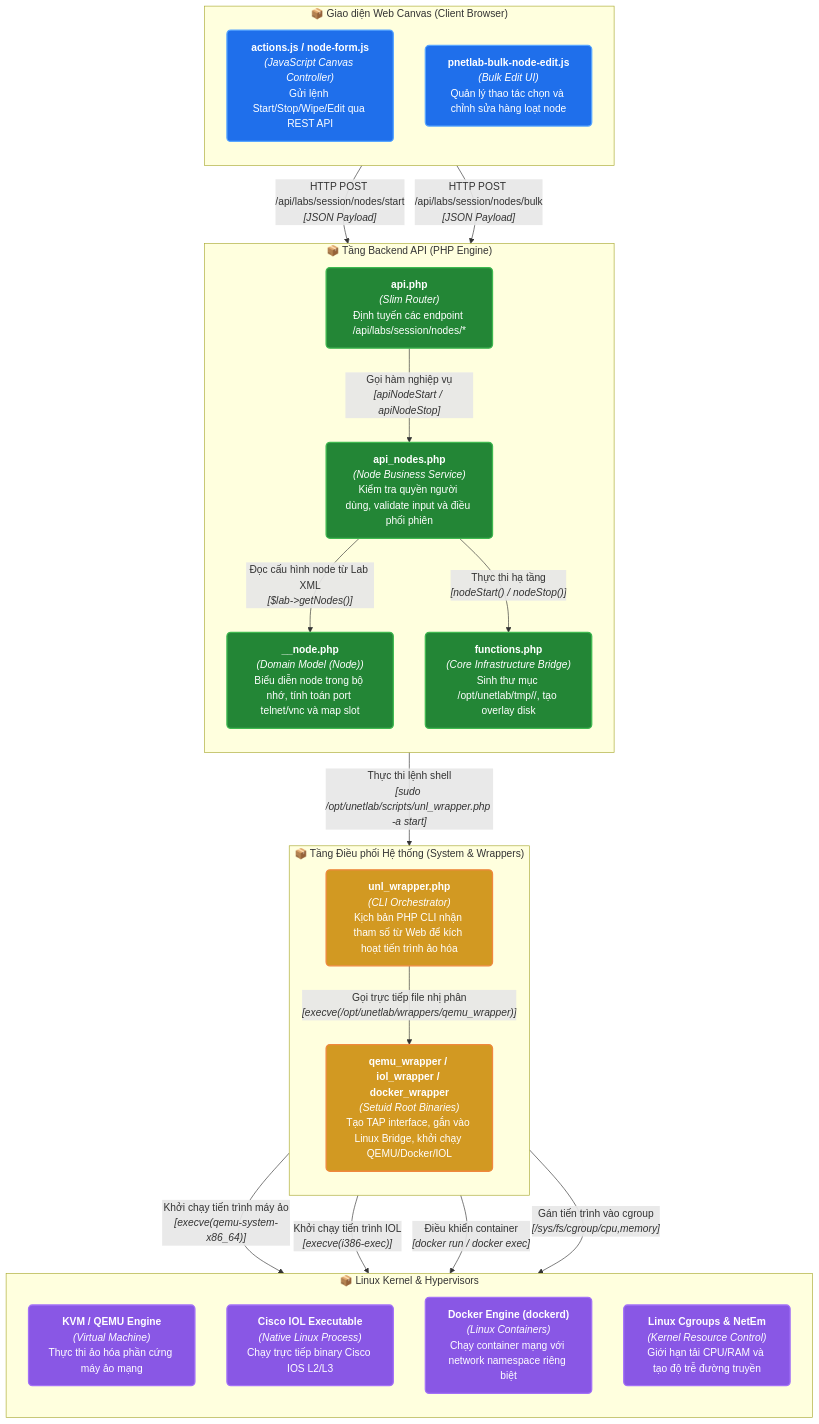
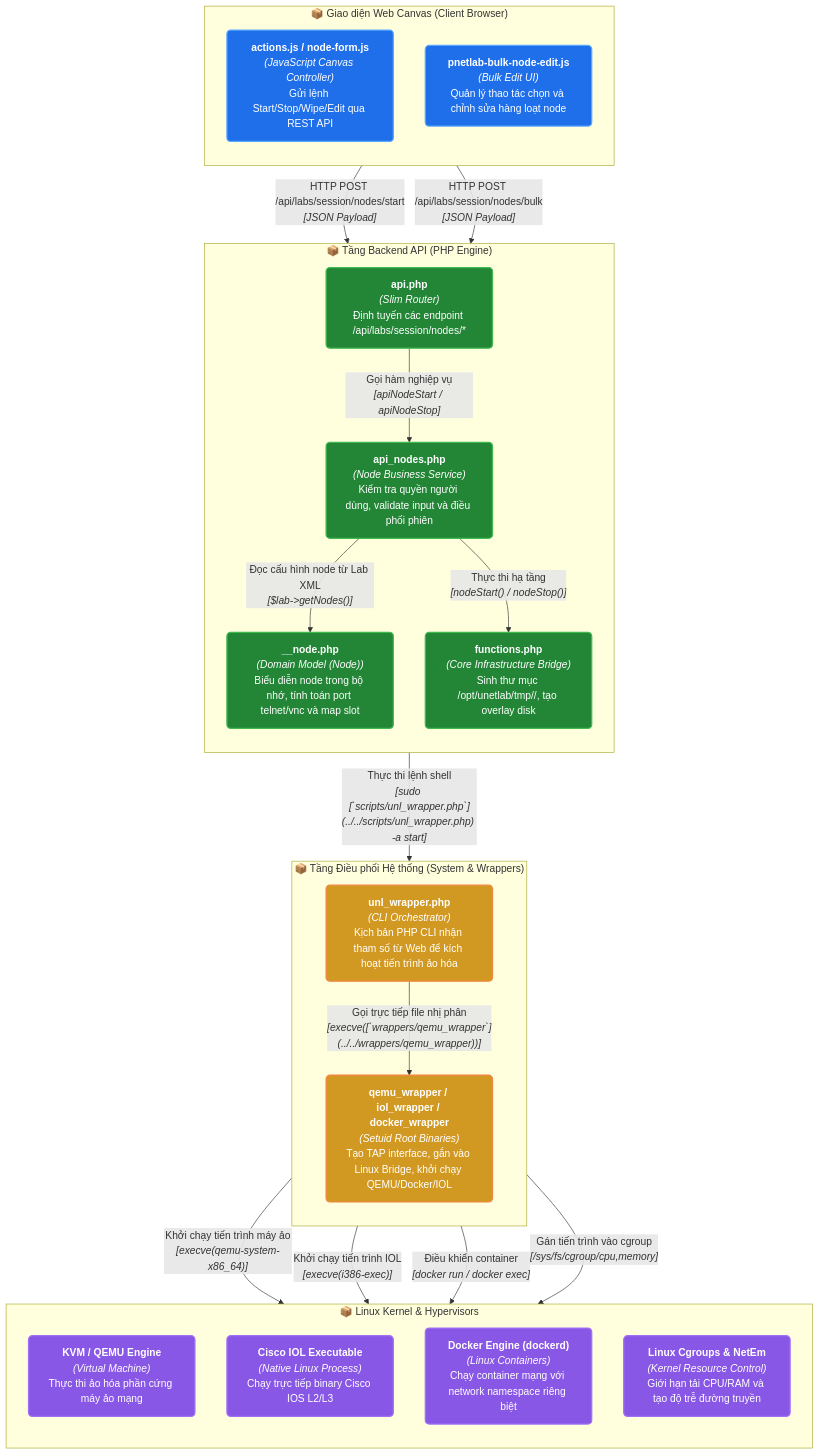
One commit to Luuxinhxinh/pnet-v8 changed the diagram in docs/01-feature-groups/01-node-lifecycle-emulation.md. Above: the diagram before and after it, drawn with Mermaid. The commit also changed other lines of this file and 92 other files, not shown here.

````diff
--- a/docs/01-feature-groups/01-node-lifecycle-emulation.md
+++ b/docs/01-feature-groups/01-node-lifecycle-emulation.md
@@ -60,50 +60,50 @@
 ```mermaid
 flowchart TD
     %% Styling classes
     classDef ui fill:#1f6feb,stroke:#58a6ff,stroke-width:2px,color:#ffffff,rx:6px,ry:6px;
     classDef api fill:#238636,stroke:#3fb950,stroke-width:2px,color:#ffffff,rx:6px,ry:6px;
     classDef wrap fill:#d29922,stroke:#f0883e,stroke-width:2px,color:#ffffff,rx:6px,ry:6px;
     classDef kernel fill:#8957e5,stroke:#a371f7,stroke-width:2px,color:#ffffff,rx:6px,ry:6px;
     classDef storage fill:#21262d,stroke:#8b949e,stroke-width:1.5px,color:#c9d1d9,rx:6px,ry:6px;
 
     subgraph SG_web_ui [" 📦 Giao diện Web Canvas (Client Browser) "]
         direction TB
         actions_js["<b>actions.js / node-form.js</b><br/><i>(JavaScript Canvas Controller)</i><br/>Gửi lệnh Start/Stop/Wipe/Edit qua REST API"]:::ui
         bulk_js["<b>pnetlab-bulk-node-edit.js</b><br/><i>(Bulk Edit UI)</i><br/>Quản lý thao tác chọn và chỉnh sửa hàng loạt node"]:::ui
     end
 
     subgraph SG_php_engine [" 📦 Tầng Backend API (PHP Engine) "]
         direction TB
         api_router["<b>api.php</b><br/><i>(Slim Router)</i><br/>Định tuyến các endpoint /api/labs/session/nodes/*"]:::api
         api_nodes["<b>api_nodes.php</b><br/><i>(Node Business Service)</i><br/>Kiểm tra quyền người dùng, validate input và điều phối phiên"]:::api
         node_model["<b>__node.php</b><br/><i>(Domain Model (Node))</i><br/>Biểu diễn node trong bộ nhớ, tính toán port telnet/vnc và map slot"]:::api
         functions_core["<b>functions.php</b><br/><i>(Core Infrastructure Bridge)</i><br/>Sinh thư mục /opt/unetlab/tmp/<pod>/<id>, tạo overlay disk"]:::api
     end
 
     subgraph SG_system_layer [" 📦 Tầng Điều phối Hệ thống (System & Wrappers) "]
         direction TB
         unl_wrapper_php["<b>unl_wrapper.php</b><br/><i>(CLI Orchestrator)</i><br/>Kịch bản PHP CLI nhận tham số từ Web để kích hoạt tiến trình ảo hóa"]:::wrap
         c_wrappers["<b>qemu_wrapper / iol_wrapper / docker_wrapper</b><br/><i>(Setuid Root Binaries)</i><br/>Tạo TAP interface, gắn vào Linux Bridge, khởi chạy QEMU/Docker/IOL"]:::wrap
     end
 
     subgraph SG_kernel_layer [" 📦 Linux Kernel & Hypervisors "]
         direction TB
         kvm_qemu["<b>KVM / QEMU Engine</b><br/><i>(Virtual Machine)</i><br/>Thực thi ảo hóa phần cứng máy ảo mạng"]:::kernel
         iol_exec["<b>Cisco IOL Executable</b><br/><i>(Native Linux Process)</i><br/>Chạy trực tiếp binary Cisco IOS L2/L3"]:::kernel
         docker_engine["<b>Docker Engine (dockerd)</b><br/><i>(Linux Containers)</i><br/>Chạy container mạng với network namespace riêng biệt"]:::kernel
         cgroups["<b>Linux Cgroups & NetEm</b><br/><i>(Kernel Resource Control)</i><br/>Giới hạn tải CPU/RAM và tạo độ trễ đường truyền"]:::kernel
     end
 
     %% Quan hệ giữa các thành phần
     actions_js -->|"HTTP POST /api/labs/session/nodes/start<br/><i>[JSON Payload]</i>"| api_router
     bulk_js -->|"HTTP POST /api/labs/session/nodes/bulk<br/><i>[JSON Payload]</i>"| api_router
     api_router -->|"Gọi hàm nghiệp vụ<br/><i>[apiNodeStart / apiNodeStop]</i>"| api_nodes
     api_nodes -->|"Đọc cấu hình node từ Lab XML<br/><i>[$lab->getNodes()]</i>"| node_model
     api_nodes -->|"Thực thi hạ tầng<br/><i>[nodeStart() / nodeStop()]</i>"| functions_core
-    functions_core -->|"Thực thi lệnh shell<br/><i>[sudo /opt/unetlab/scripts/unl_wrapper.php -a start]</i>"| unl_wrapper_php
-    unl_wrapper_php -->|"Gọi trực tiếp file nhị phân<br/><i>[execve(/opt/unetlab/wrappers/qemu_wrapper)]</i>"| c_wrappers
+    functions_core -->|"Thực thi lệnh shell<br/><i>[sudo [`scripts/unl_wrapper.php`](../../scripts/unl_wrapper.php) -a start]</i>"| unl_wrapper_php
+    unl_wrapper_php -->|"Gọi trực tiếp file nhị phân<br/><i>[execve([`wrappers/qemu_wrapper`](../../wrappers/qemu_wrapper))]</i>"| c_wrappers
     c_wrappers -->|"Khởi chạy tiến trình máy ảo<br/><i>[execve(qemu-system-x86_64)]</i>"| kvm_qemu
     c_wrappers -->|"Khởi chạy tiến trình IOL<br/><i>[execve(i386-exec)]</i>"| iol_exec
     c_wrappers -->|"Điều khiển container<br/><i>[docker run / docker exec]</i>"| docker_engine
     c_wrappers -->|"Gán tiến trình vào cgroup<br/><i>[/sys/fs/cgroup/cpu,memory]</i>"| cgroups
 ```
````
